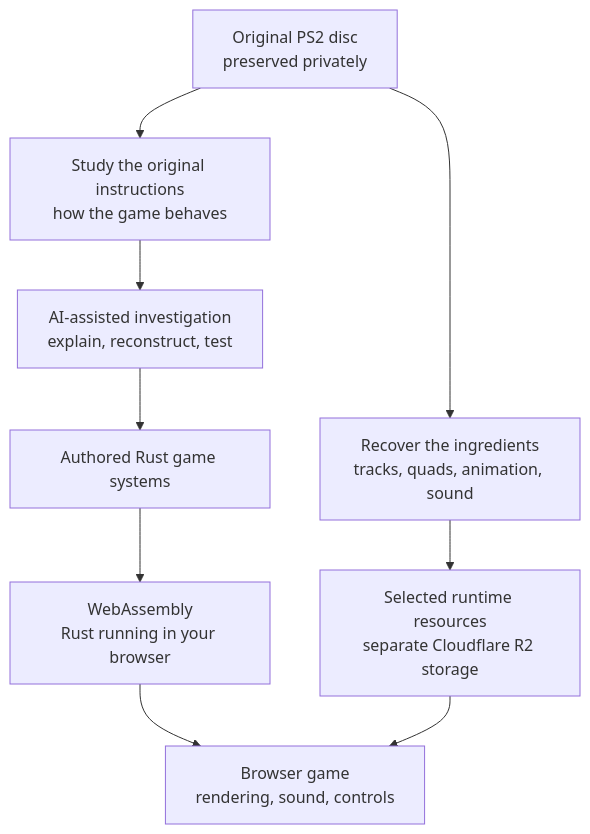
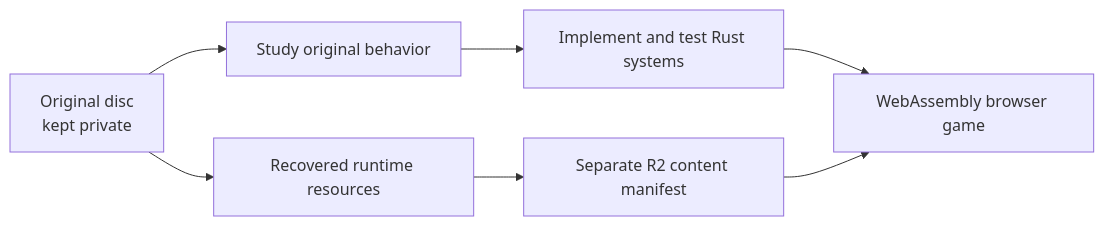
One commit to nrgapple/atv-offroad-fury-2-web changed the diagram in README.md. Above: the diagram before and after it, drawn with Mermaid. The commit also changed other lines of this file and 1 other file, not shown here.

````diff
--- a/README.md
+++ b/README.md
@@ -26,12 +96,9 @@
 ```mermaid
-flowchart TB
-    disc["Original PS2 disc<br/>preserved privately"]
-    disc --> assets["Recover the ingredients<br/>tracks, quads, animation, sound"]
-    disc --> code["Study the original instructions<br/>how the game behaves"]
-    code --> ai["AI-assisted investigation<br/>explain, reconstruct, test"]
-    ai --> rust["Authored Rust game systems"]
-    rust --> wasm["WebAssembly<br/>Rust running in your browser"]
-    assets --> content["Selected runtime resources<br/>separate Cloudflare R2 storage"]
-    wasm --> ride["Browser game<br/>rendering, sound, controls"]
-    content --> ride
+flowchart LR
+    disc["Original disc<br/>kept private"] --> assets["Recovered runtime resources"]
+    disc --> behavior["Study original behavior"]
+    behavior --> rust["Implement and test Rust systems"]
+    rust --> wasm["WebAssembly browser game"]
+    assets --> r2["Separate R2 content manifest"]
+    r2 --> wasm
 ```
````
